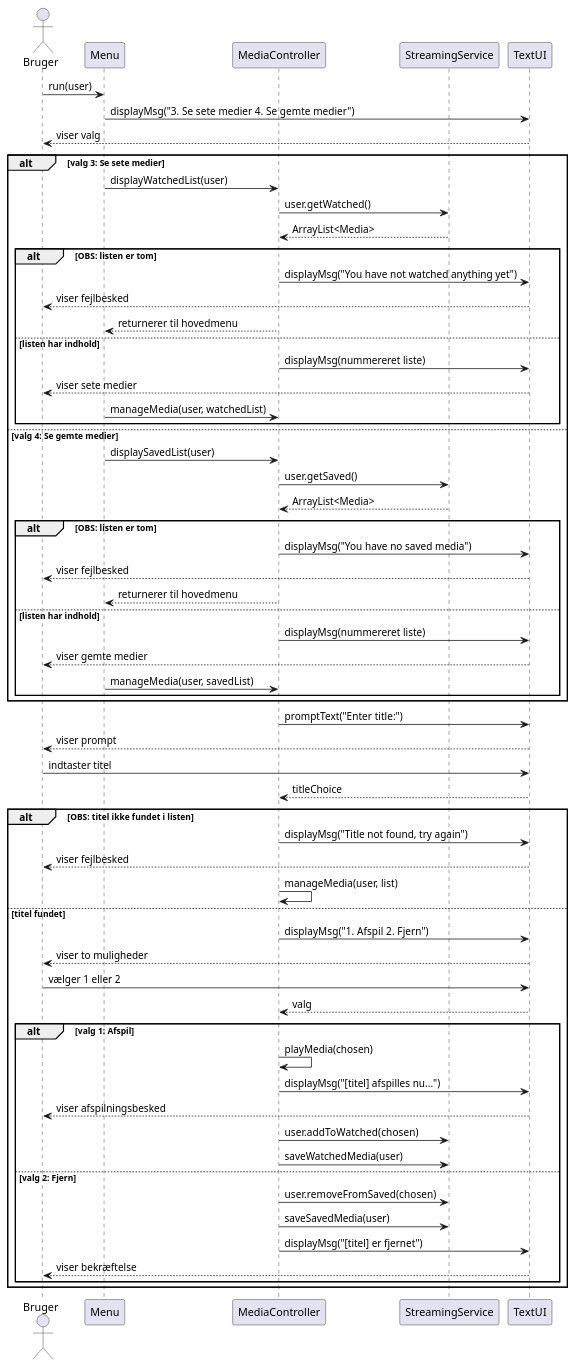
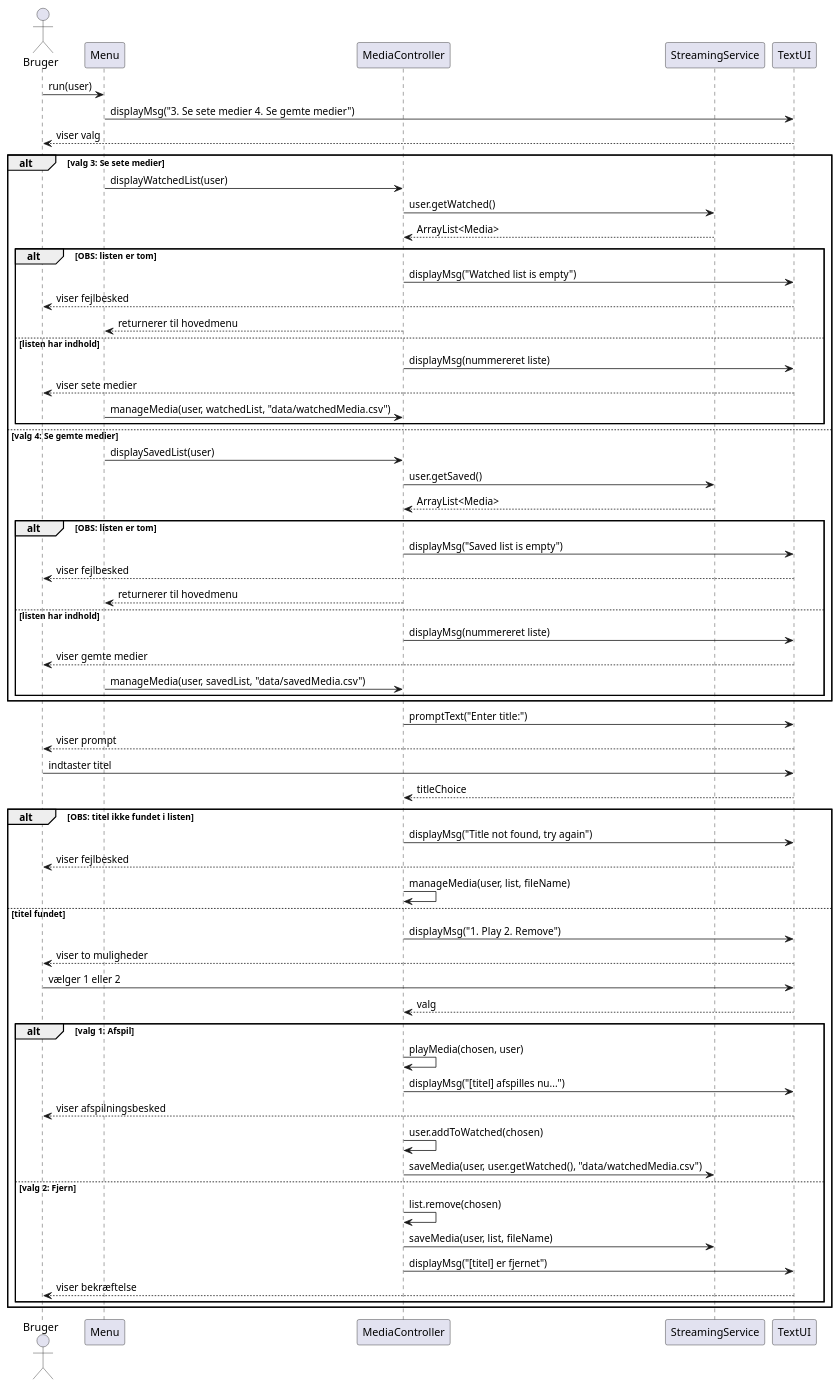
The diagram in doc/dynamic/UC5 - seqeuncediagram.puml (BesimaP/SP3---Streaming---Tjeneste), drawn with PlantUML before and after one commit. The commit also changed 14 other files, not shown here.

Commit message:
klassediagramv2.puml opdateret

```diff
--- a/doc/dynamic/UC5 - seqeuncediagram.puml
+++ b/doc/dynamic/UC5 - seqeuncediagram.puml
@@ -1,75 +1,75 @@
 @startuml
 
 actor Bruger
 
 participant Menu
 participant MediaController
 participant StreamingService
 participant TextUI
 
 Bruger -> Menu : run(user)
 Menu -> TextUI : displayMsg("3. Se sete medier  4. Se gemte medier")
 TextUI --> Bruger : viser valg
 
 alt valg 3: Se sete medier
     Menu -> MediaController : displayWatchedList(user)
     MediaController -> StreamingService : user.getWatched()
     StreamingService --> MediaController : ArrayList<Media>
 
     alt OBS: listen er tom
-        MediaController -> TextUI : displayMsg("You have not watched anything yet")
+        MediaController -> TextUI : displayMsg("Watched list is empty")
         TextUI --> Bruger : viser fejlbesked
         MediaController --> Menu : returnerer til hovedmenu
     else listen har indhold
         MediaController -> TextUI : displayMsg(nummereret liste)
         TextUI --> Bruger : viser sete medier
-        Menu -> MediaController : manageMedia(user, watchedList)
+        Menu -> MediaController : manageMedia(user, watchedList, "data/watchedMedia.csv")
     end
 
 else valg 4: Se gemte medier
     Menu -> MediaController : displaySavedList(user)
     MediaController -> StreamingService : user.getSaved()
     StreamingService --> MediaController : ArrayList<Media>
 
     alt OBS: listen er tom
-        MediaController -> TextUI : displayMsg("You have no saved media")
+        MediaController -> TextUI : displayMsg("Saved list is empty")
         TextUI --> Bruger : viser fejlbesked
         MediaController --> Menu : returnerer til hovedmenu
     else listen har indhold
         MediaController -> TextUI : displayMsg(nummereret liste)
         TextUI --> Bruger : viser gemte medier
-        Menu -> MediaController : manageMedia(user, savedList)
+        Menu -> MediaController : manageMedia(user, savedList, "data/savedMedia.csv")
     end
 end
 
 MediaController -> TextUI : promptText("Enter title:")
 TextUI --> Bruger : viser prompt
 Bruger -> TextUI : indtaster titel
 TextUI --> MediaController : titleChoice
 
 alt OBS: titel ikke fundet i listen
     MediaController -> TextUI : displayMsg("Title not found, try again")
     TextUI --> Bruger : viser fejlbesked
-    MediaController -> MediaController : manageMedia(user, list)
+    MediaController -> MediaController : manageMedia(user, list, fileName)
 else titel fundet
-    MediaController -> TextUI : displayMsg("1. Afspil  2. Fjern")
+    MediaController -> TextUI : displayMsg("1. Play  2. Remove")
     TextUI --> Bruger : viser to muligheder
     Bruger -> TextUI : vælger 1 eller 2
     TextUI --> MediaController : valg
 
     alt valg 1: Afspil
-        MediaController -> MediaController : playMedia(chosen)
+        MediaController -> MediaController : playMedia(chosen, user)
         MediaController -> TextUI : displayMsg("[titel] afspilles nu...")
         TextUI --> Bruger : viser afspilningsbesked
-        MediaController -> StreamingService : user.addToWatched(chosen)
-        MediaController -> StreamingService : saveWatchedMedia(user)
+        MediaController -> MediaController : user.addToWatched(chosen)
+        MediaController -> StreamingService : saveMedia(user, user.getWatched(), "data/watchedMedia.csv")
 
     else valg 2: Fjern
-        MediaController -> StreamingService : user.removeFromSaved(chosen)
-        MediaController -> StreamingService : saveSavedMedia(user)
+        MediaController -> MediaController : list.remove(chosen)
+        MediaController -> StreamingService : saveMedia(user, list, fileName)
         MediaController -> TextUI : displayMsg("[titel] er fjernet")
         TextUI --> Bruger : viser bekræftelse
     end
 end
 
 @enduml
```
